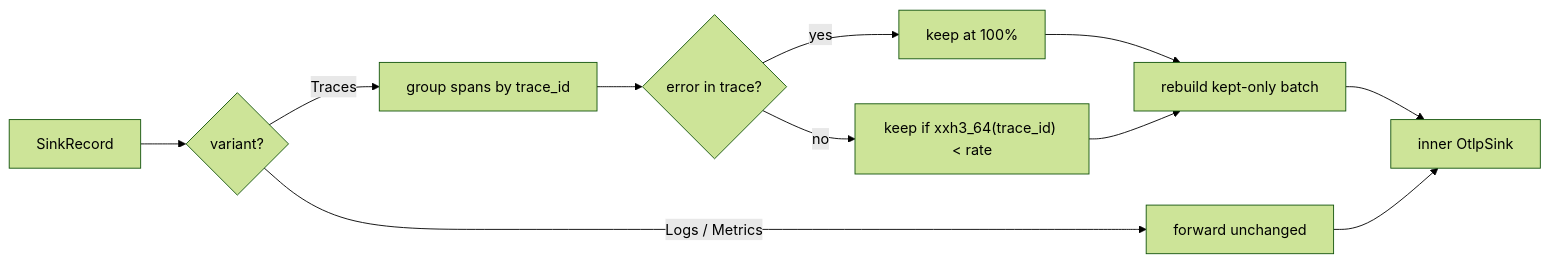
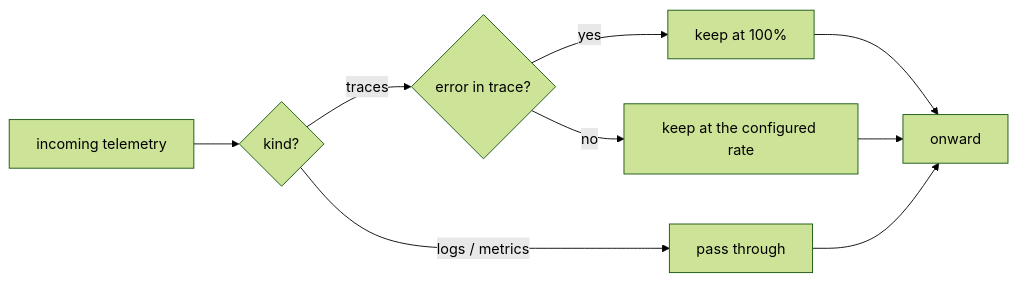
The diagram in src/content/docs/components/sieve.md (andrealaforgia/kaleidoscope-site), drawn with Mermaid (forest theme) before and after one commit. The commit also changed other lines of this file and 23 other files, not shown here.

````diff
--- a/src/content/docs/components/sieve.md
+++ b/src/content/docs/components/sieve.md
@@ -28,13 +27,11 @@
 ```mermaid
 flowchart LR
- In[SinkRecord] --> S{variant?}
- S -->|Logs / Metrics| Pass[forward unchanged]
- S -->|Traces| Group[group spans by trace_id]
- Group --> Dec{error in trace?}
- Dec -->|yes| Keep[keep at 100%]
- Dec -->|no| Rate["keep if xxh3_64(trace_id) < rate"]
- Keep --> Rebuild[rebuild kept-only batch]
- Rate --> Rebuild
- Rebuild --> Inner[inner OtlpSink]
- Pass --> Inner
+    In[incoming telemetry] --> S{kind?}
+    S -->|logs / metrics| Pass[pass through]
+    S -->|traces| Dec{error in trace?}
+    Dec -->|yes| Keep[keep at 100%]
+    Dec -->|no| Rate[keep at the configured rate]
+    Keep --> Out[onward]
+    Rate --> Out
+    Pass --> Out
 ```
````
